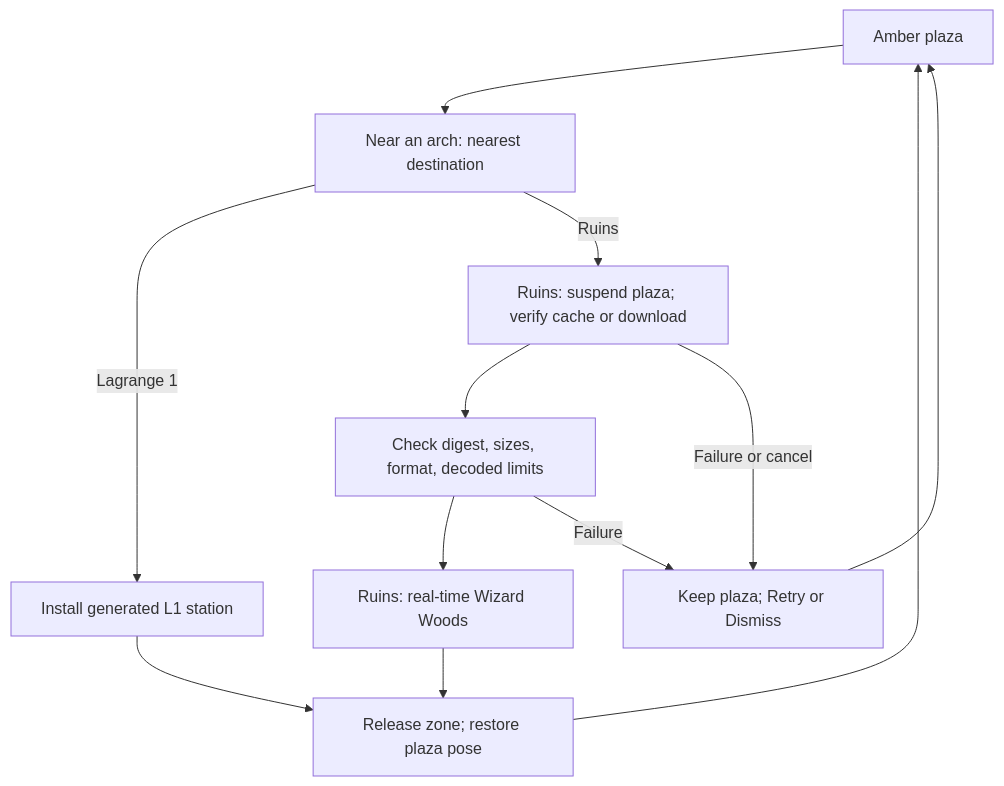
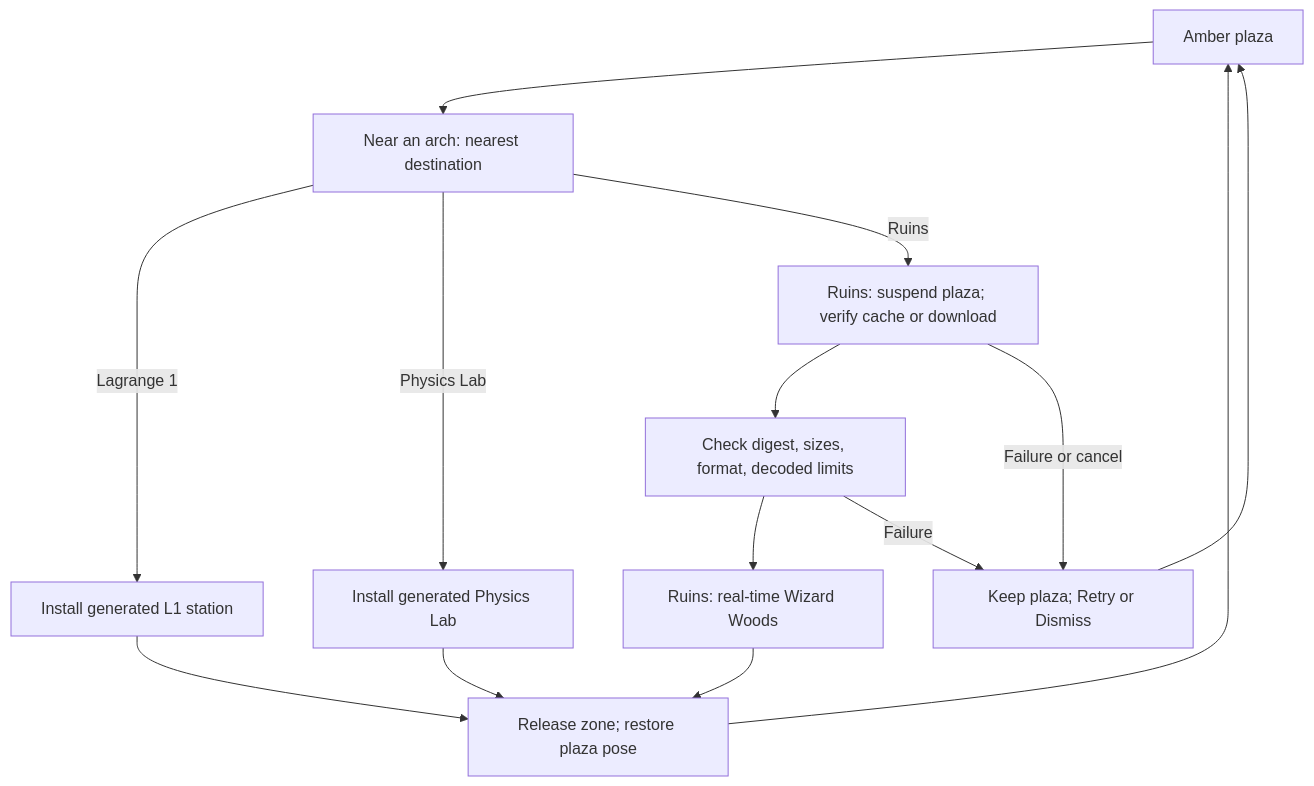
Before and after one commit to OpenAgentsInc/openagents: the diagram in docs/verse/zones.md, drawn with Mermaid. The commit also changed other lines of this file and 20 other files, not shown here.

````diff
--- a/docs/verse/zones.md
+++ b/docs/verse/zones.md
@@ -85,22 +103,25 @@
 ```mermaid
 flowchart TD
     Plaza["Amber plaza"]
     Near["Near an arch: nearest destination"]
     L1["Install generated L1 station"]
+    Lab["Install generated Physics Lab"]
     Prepare["Ruins: suspend plaza; verify cache or download"]
     Decode["Check digest, sizes, format, decoded limits"]
     Ruins["Ruins: real-time Wizard Woods"]
     Failed["Keep plaza; Retry or Dismiss"]
     Return["Release zone; restore plaza pose"]
     Plaza --> Near
     Near -->|Lagrange 1| L1
+    Near -->|Physics Lab| Lab
     Near -->|Ruins| Prepare
     Prepare --> Decode
     Decode --> Ruins
     Prepare -->|Failure or cancel| Failed
     Decode -->|Failure| Failed
     Failed --> Plaza
     Ruins --> Return
     L1 --> Return
+    Lab --> Return
     Return --> Plaza
 ```
````
